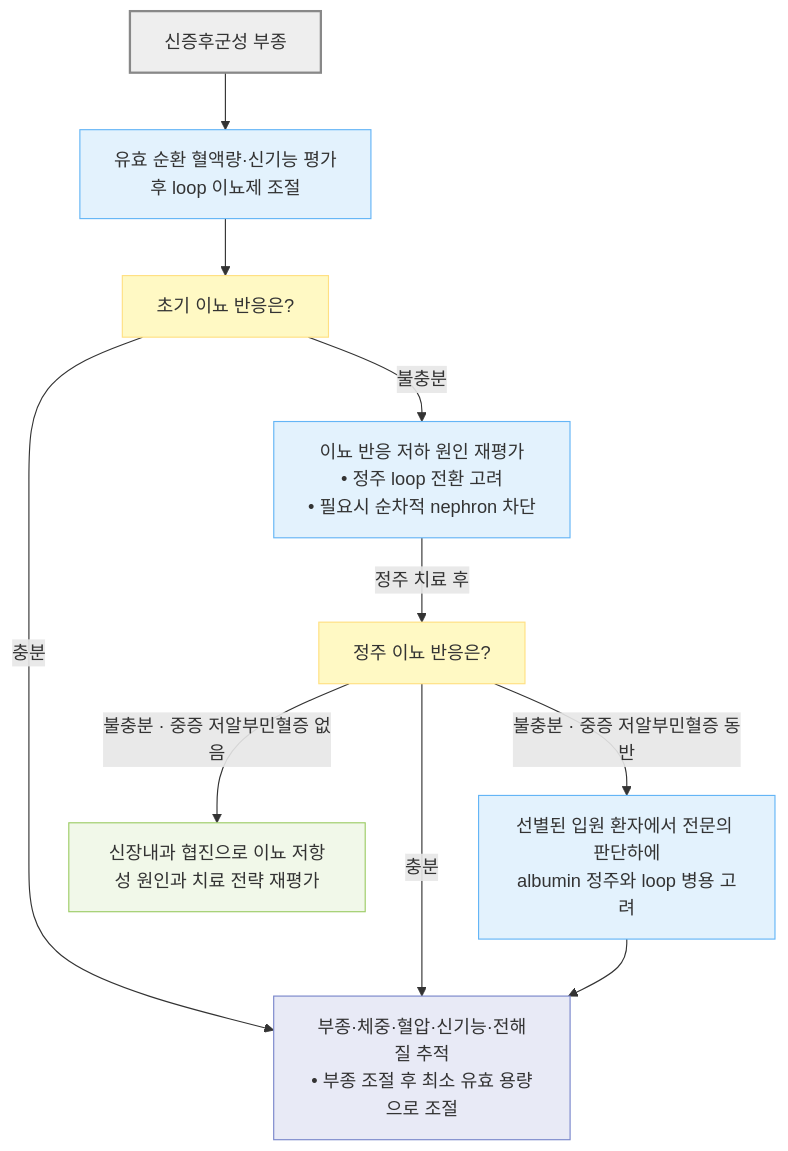
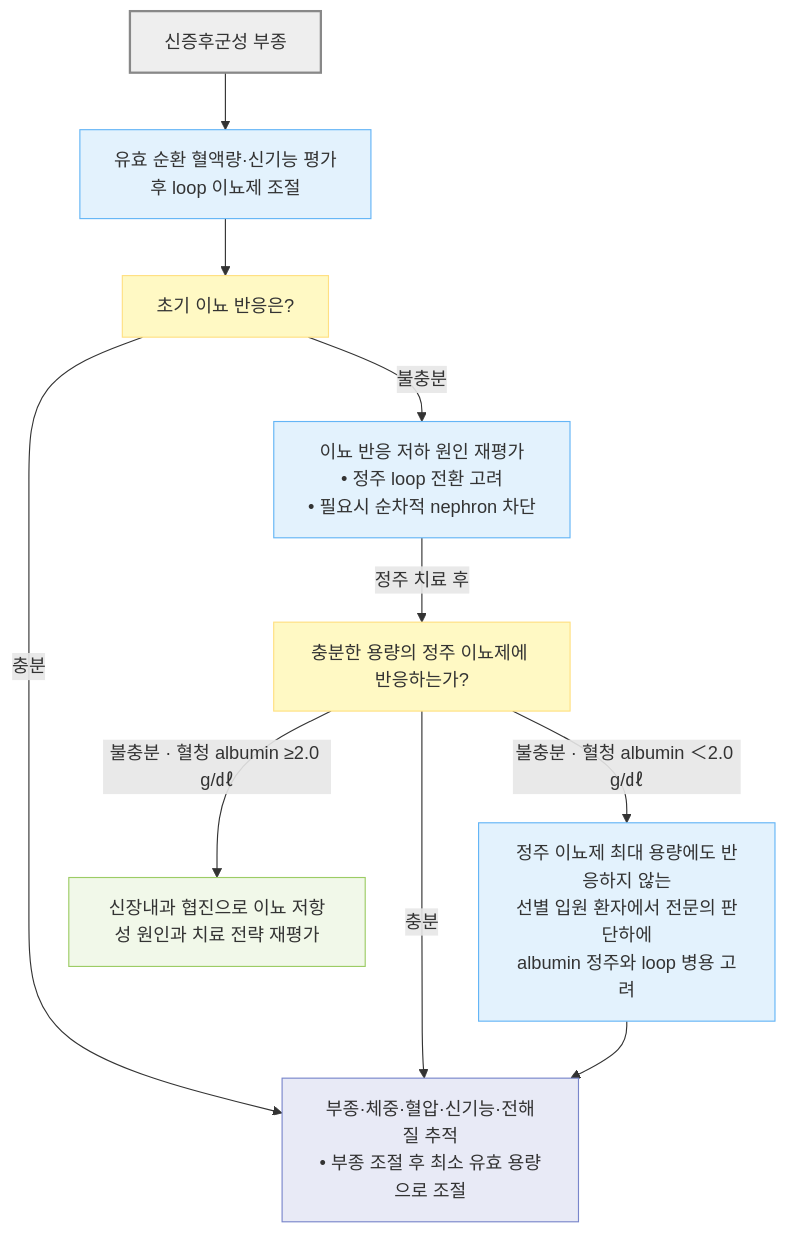
Before and after one commit to familyoh77/familyoh77: the fifth of 5 diagrams in 220_/012_-edema.md, drawn with Mermaid. The commit also changed other lines of this file, not shown here.

````diff
--- a/220_/012_-edema.md
+++ b/220_/012_-edema.md
@@ -449,22 +455,22 @@
 ```mermaid
 flowchart TD
     NS["신증후군성 부종"] --> NS1["유효 순환 혈액량·신기능 평가<br/>후 loop 이뇨제 조절"]
     NS1 --> Q1["초기 이뇨 반응은?"]
     Q1 -- "충분" --> F["부종·체중·혈압·신기능·전해질 추적<br/>• 부종 조절 후 최소 유효 용량으로 조절"]
     Q1 -- "불충분" --> NS2["이뇨 반응 저하 원인 재평가<br/>• 정주 loop 전환 고려<br/>• 필요시 순차적 nephron 차단"]
-    NS2 -- "정주 치료 후" --> Q2["정주 이뇨 반응은?"]
+    NS2 -- "정주 치료 후" --> Q2["충분한 용량의 정주 이뇨제에 반응하는가?"]
     Q2 -- "충분" --> F
-    Q2 -- "불충분 · 중증 저알부민혈증 동반" --> ALB["선별된 입원 환자에서 전문의 판단하에<br/>albumin 정주와 loop 병용 고려"]
-    Q2 -- "불충분 · 중증 저알부민혈증 없음" --> R["신장내과 협진으로 이뇨 저항성 원인과 치료 전략 재평가"]
+    Q2 -- "불충분 · 혈청 albumin ＜2.0 g/㎗" --> ALB["정주 이뇨제 최대 용량에도 반응하지 않는<br/>선별 입원 환자에서 전문의 판단하에<br/>albumin 정주와 loop 병용 고려"]
+    Q2 -- "불충분 · 혈청 albumin ≥2.0 g/㎗" --> R["신장내과 협진으로 이뇨 저항성 원인과 치료 전략 재평가"]
     ALB --> F
     classDef start fill:#eeeeee,stroke:#888888,stroke-width:2px
     classDef question fill:#fff9c4,stroke:#ffe082
     classDef treatment fill:#e3f2fd,stroke:#64b5f6
     classDef followup fill:#e8eaf6,stroke:#7986cb
     classDef evaluation fill:#f1f8e9,stroke:#9ccc65
     class NS start
     class Q1,Q2 question
     class NS1,NS2,ALB treatment
     class F followup
     class R evaluation
 ```
````
